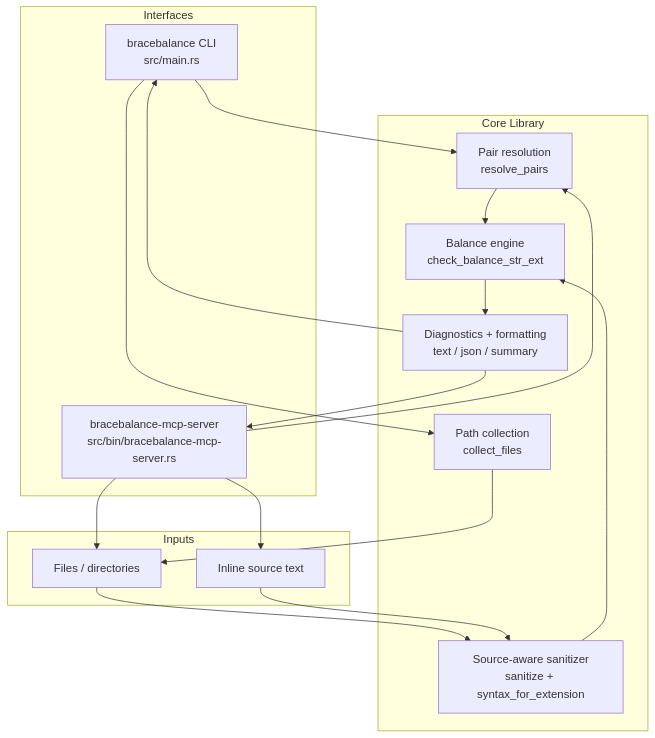
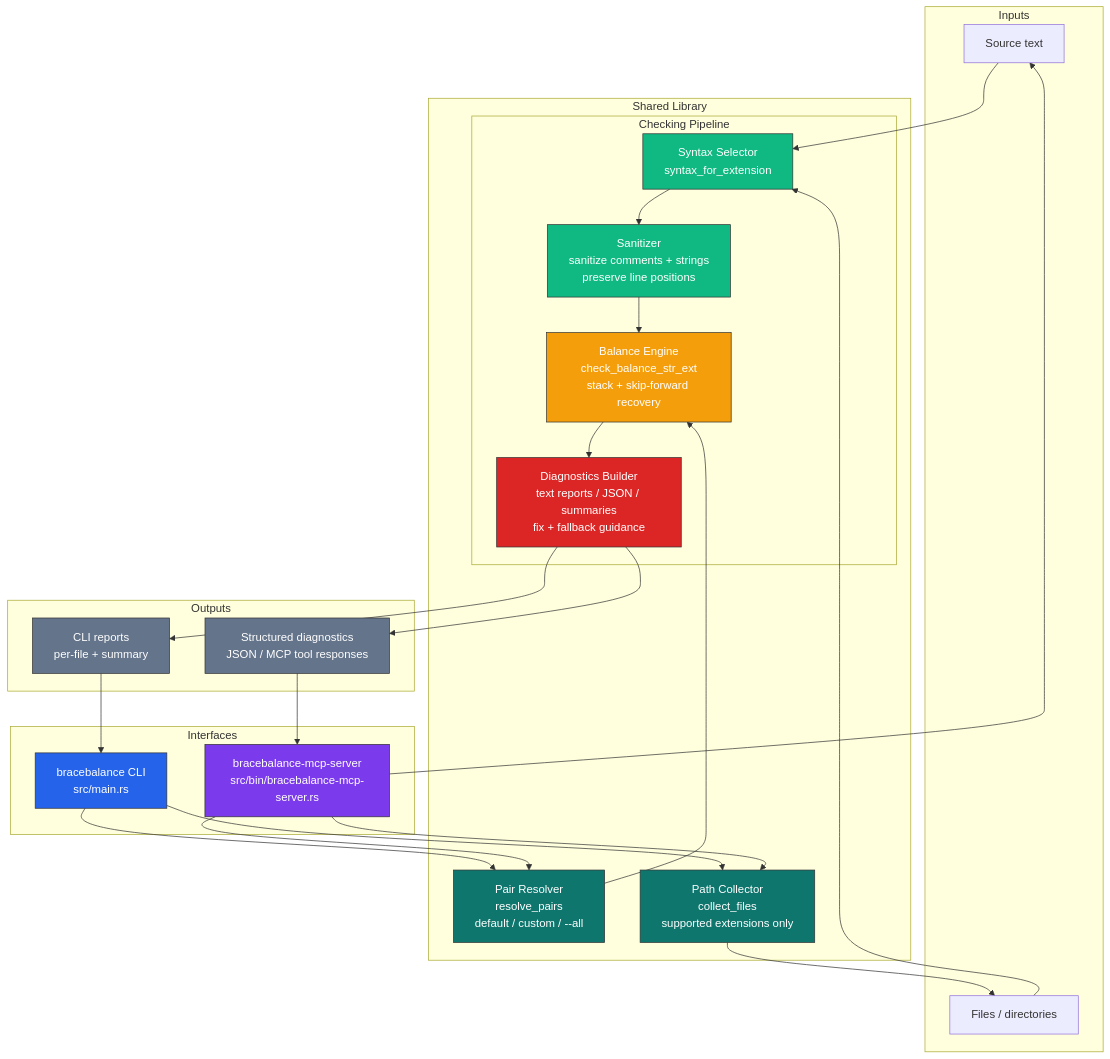
The diagram in README.md (npiesco/bracebalance), drawn with Mermaid before and after one commit. The commit also changed other lines of this file, not shown here.

Commit message:
docs: improve README architecture section

````diff
--- a/README.md
+++ b/README.md
@@ -198,34 +94,57 @@
 ```mermaid
 graph TB
-    subgraph Interfaces
+    subgraph "Inputs"
+        SRC["Source text"]
+        PATHS["Files / directories"]
+    end
+
+    subgraph "Interfaces"
         CLI["bracebalance CLI<br/>src/main.rs"]
         MCP["bracebalance-mcp-server<br/>src/bin/bracebalance-mcp-server.rs"]
     end
 
-    subgraph Inputs
-        FILES["Files / directories"]
-        TEXT["Inline source text"]
+    subgraph "Shared Library"
+        PAIRS["Pair Resolver<br/>resolve_pairs<br/>default / custom / --all"]
+        COLLECT["Path Collector<br/>collect_files<br/>supported extensions only"]
+
+        subgraph "Checking Pipeline"
+            SYNTAX["Syntax Selector<br/>syntax_for_extension"]
+            SAN["Sanitizer<br/>sanitize comments + strings<br/>preserve line positions"]
+            BAL["Balance Engine<br/>check_balance_str_ext<br/>stack + skip-forward recovery"]
+            DIAG["Diagnostics Builder<br/>text reports / JSON / summaries<br/>fix + fallback guidance"]
+        end
     end
 
-    subgraph Core Library
-        COLLECT["Path collection<br/>collect_files"]
-        PAIRS["Pair resolution<br/>resolve_pairs"]
-        SAN["Source-aware sanitizer<br/>sanitize + syntax_for_extension"]
-        BAL["Balance engine<br/>check_balance_str_ext"]
-        DIAG["Diagnostics + formatting<br/>text / json / summary"]
+    subgraph "Outputs"
+        TEXT_OUT["CLI reports<br/>per-file + summary"]
+        JSON_OUT["Structured diagnostics<br/>JSON / MCP tool responses"]
     end
 
     CLI --> PAIRS
     CLI --> COLLECT
-    COLLECT --> FILES
+    COLLECT --> PATHS
     MCP --> PAIRS
-    MCP --> FILES
-    MCP --> TEXT
-    FILES --> SAN
-    TEXT --> SAN
+    MCP --> COLLECT
+    MCP --> SRC
+    PATHS --> SYNTAX
+    SRC --> SYNTAX
+    SYNTAX --> SAN
     PAIRS --> BAL
     SAN --> BAL
     BAL --> DIAG
-    DIAG --> CLI
-    DIAG --> MCP
+    DIAG --> TEXT_OUT
+    DIAG --> JSON_OUT
+    TEXT_OUT --> CLI
+    JSON_OUT --> MCP
+
+    style CLI fill:#2563eb,stroke:#333,color:#fff
+    style MCP fill:#7c3aed,stroke:#333,color:#fff
+    style PAIRS fill:#0f766e,stroke:#333,color:#fff
+    style COLLECT fill:#0f766e,stroke:#333,color:#fff
+    style SYNTAX fill:#10b981,stroke:#333,color:#fff
+    style SAN fill:#10b981,stroke:#333,color:#fff
+    style BAL fill:#f59e0b,stroke:#333,color:#fff
+    style DIAG fill:#dc2626,stroke:#333,color:#fff
+    style TEXT_OUT fill:#64748b,stroke:#333,color:#fff
+    style JSON_OUT fill:#64748b,stroke:#333,color:#fff
 ```
````
